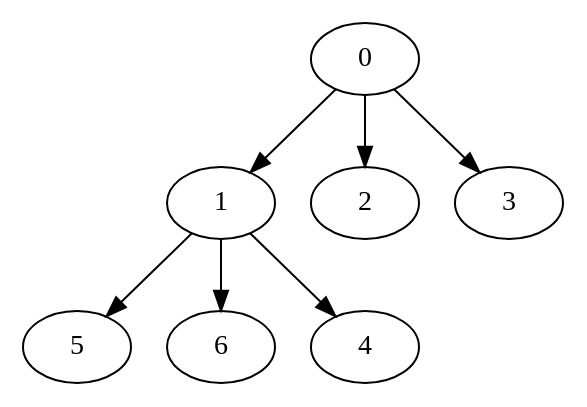
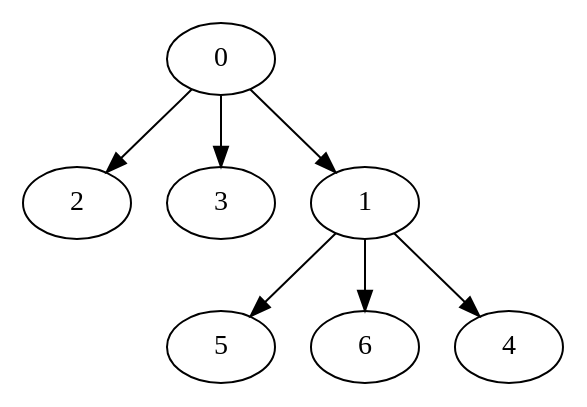
One commit to PJhaveri02/Task-Scheduler changed the diagram in dot/Nodes_7_OutTree-output.dot. Above: the diagram before and after it, drawn with Graphviz. The commit also changed 5 other files, not shown here.

```diff
--- a/dot/Nodes_7_OutTree-output.dot
+++ b/dot/Nodes_7_OutTree-output.dot
@@ -1,15 +1,15 @@
 digraph "outputGraph" {
-		5	[Weight=7, Start=15, Processor=2]
-		1 -> 5   [Weight = 4];
-		2	[Weight=5, Start=16, Processor=3]
+		2	[Weight=5, Start=16, Processor=2]
 		0 -> 2   [Weight = 11];
+		3	[Weight=6, Start=16, Processor=3]
+		0 -> 3   [Weight = 11];
 		0	[Weight=5, Start=0, Processor=4]
 		1	[Weight=6, Start=5, Processor=4]
 		0 -> 1   [Weight = 15];
-		3	[Weight=6, Start=11, Processor=4]
-		0 -> 3   [Weight = 11];
-		6	[Weight=7, Start=17, Processor=4]
+		5	[Weight=7, Start=11, Processor=4]
+		1 -> 5   [Weight = 4];
+		6	[Weight=7, Start=18, Processor=4]
 		1 -> 6   [Weight = 21];
-		4	[Weight=4, Start=24, Processor=4]
+		4	[Weight=4, Start=25, Processor=4]
 		1 -> 4   [Weight = 19];
 }
```
